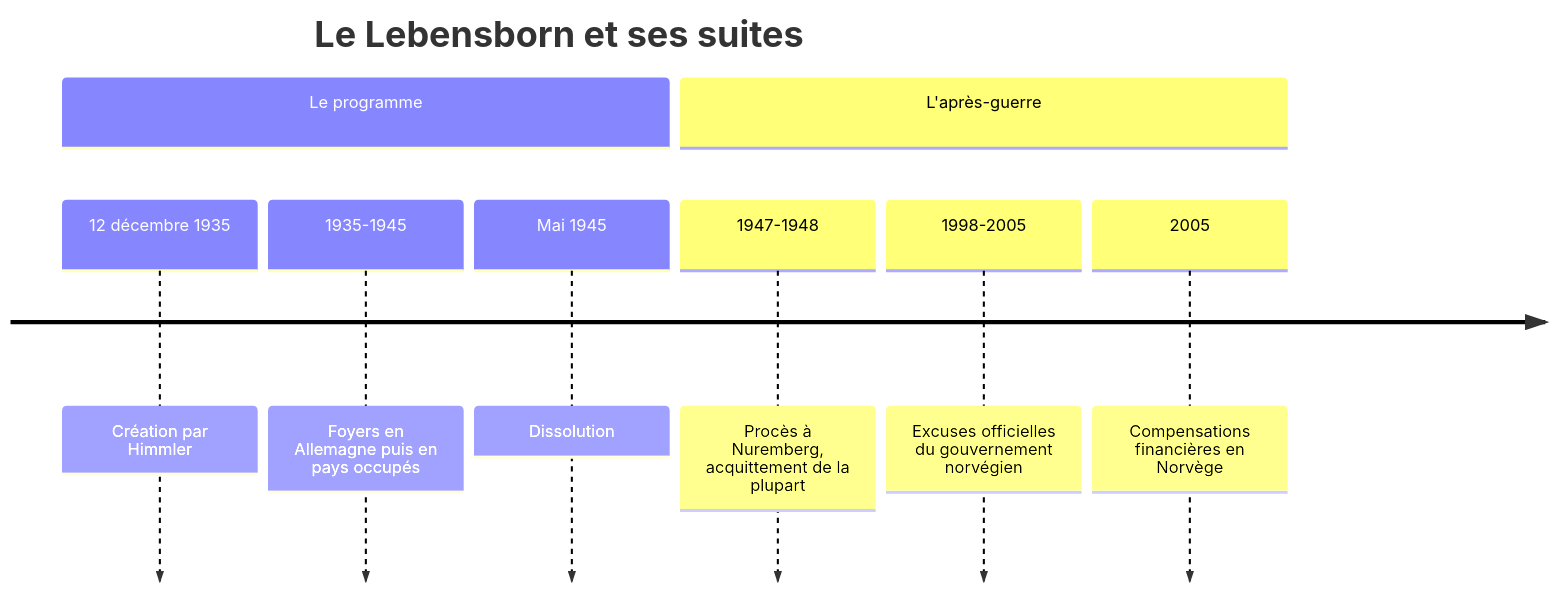
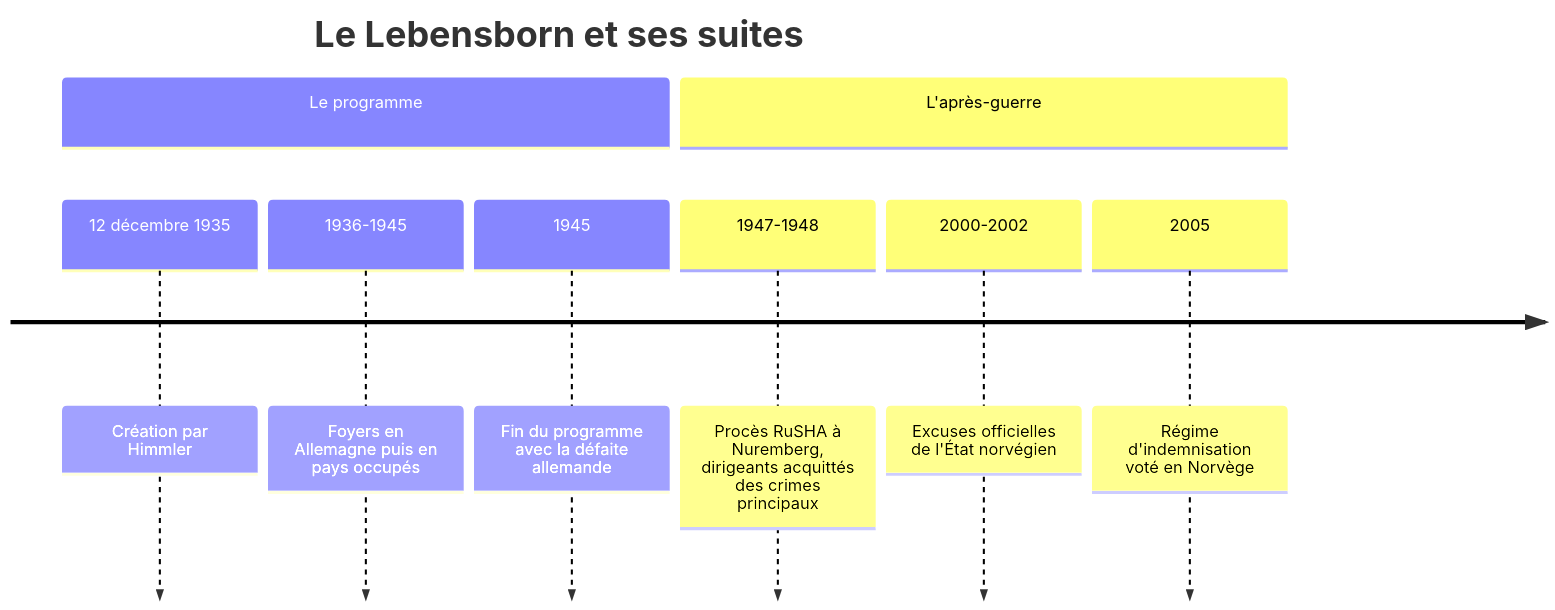
Before and after one commit to rwmicro/pensine: the diagram in Social Sciences/History/WW2/Lebensborn.md, drawn with Mermaid. The commit also changed 4 other files, not shown here.

````diff
--- a/Social Sciences/History/WW2/Lebensborn.md
+++ b/Social Sciences/History/WW2/Lebensborn.md
@@ -23,12 +23,12 @@
 ```mermaid
 timeline
     title Le Lebensborn et ses suites
     section Le programme
         12 décembre 1935 : Création par Himmler
-        1935-1945 : Foyers en Allemagne puis en pays occupés
-        Mai 1945 : Dissolution
+        1936-1945 : Foyers en Allemagne puis en pays occupés
+        1945 : Fin du programme avec la défaite allemande
     section L'après-guerre
-        1947-1948 : Procès à Nuremberg, acquittement de la plupart
-        1998-2005 : Excuses officielles du gouvernement norvégien
-        2005 : Compensations financières en Norvège
+        1947-1948 : Procès RuSHA à Nuremberg, dirigeants acquittés des crimes principaux
+        2000-2002 : Excuses officielles de l'État norvégien
+        2005 : Régime d'indemnisation voté en Norvège
 ```
````
